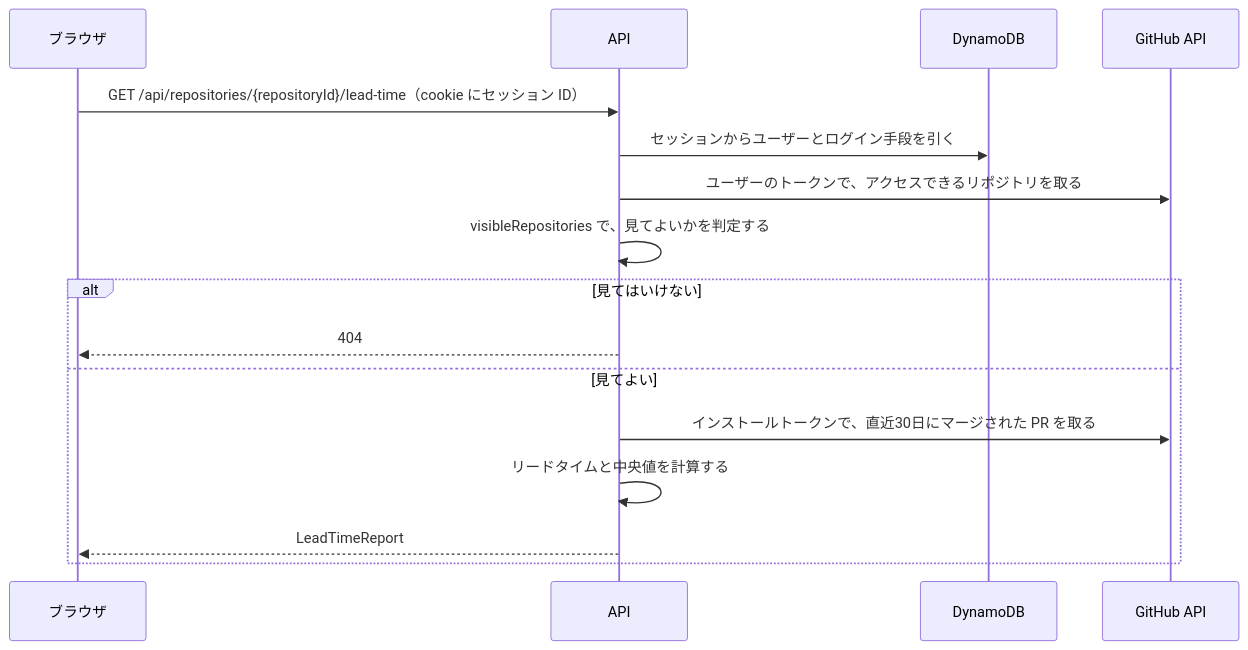
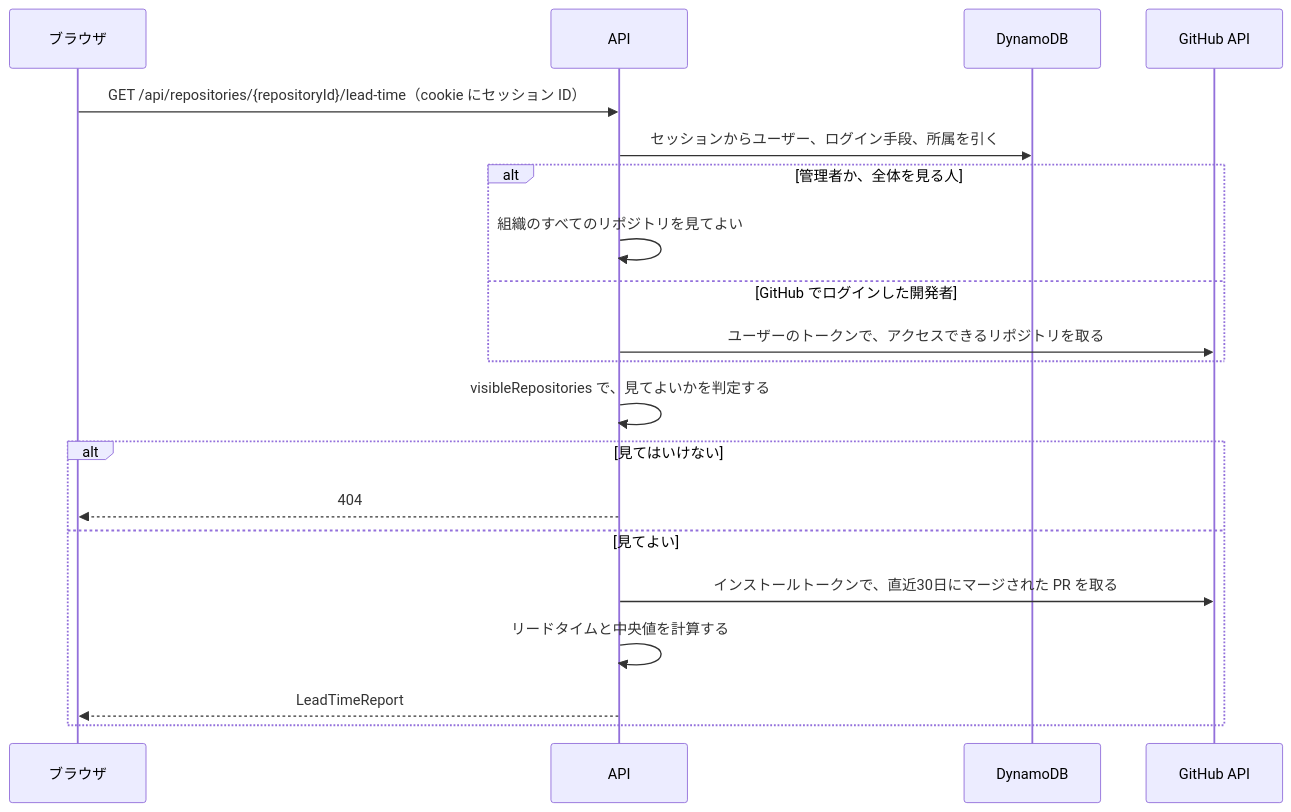
One commit to yamkazu/miruca changed the second of 2 diagrams in docs/architecture.md. Above: the diagram before and after it, drawn with Mermaid. The commit also changed other lines of this file and 1 other file, not shown here.

First line of the commit message:
0.1 の PRD と構成図を、GitHub アカウントのないマネージャーも最初から見られる前提に変える

````diff
--- a/docs/architecture.md
+++ b/docs/architecture.md
@@ -63,19 +73,23 @@
 ```mermaid
 sequenceDiagram
   participant B as ブラウザ
   participant A as API
   participant D as DynamoDB
   participant G as GitHub API
 
   B->>A: GET /api/repositories/{repositoryId}/lead-time（cookie にセッション ID）
-  A->>D: セッションからユーザーとログイン手段を引く
-  A->>G: ユーザーのトークンで、アクセスできるリポジトリを取る
+  A->>D: セッションからユーザー、ログイン手段、所属を引く
+  alt 管理者か、全体を見る人
+    A->>A: 組織のすべてのリポジトリを見てよい
+  else GitHub でログインした開発者
+    A->>G: ユーザーのトークンで、アクセスできるリポジトリを取る
+  end
   A->>A: visibleRepositories で、見てよいかを判定する
   alt 見てはいけない
     A-->>B: 404
   else 見てよい
     A->>G: インストールトークンで、直近30日にマージされた PR を取る
     A->>A: リードタイムと中央値を計算する
     A-->>B: LeadTimeReport
   end
 ```
````
